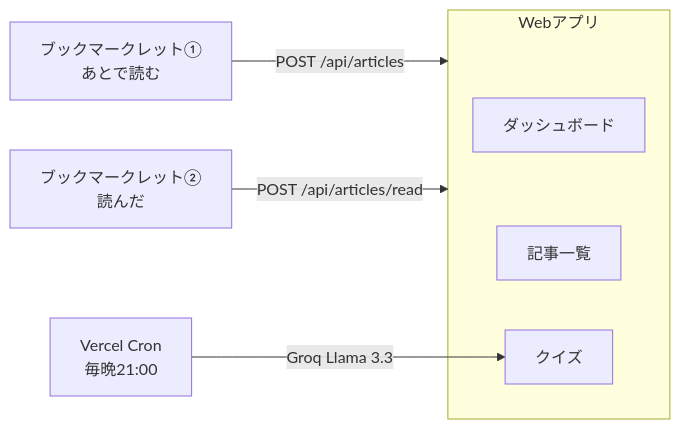
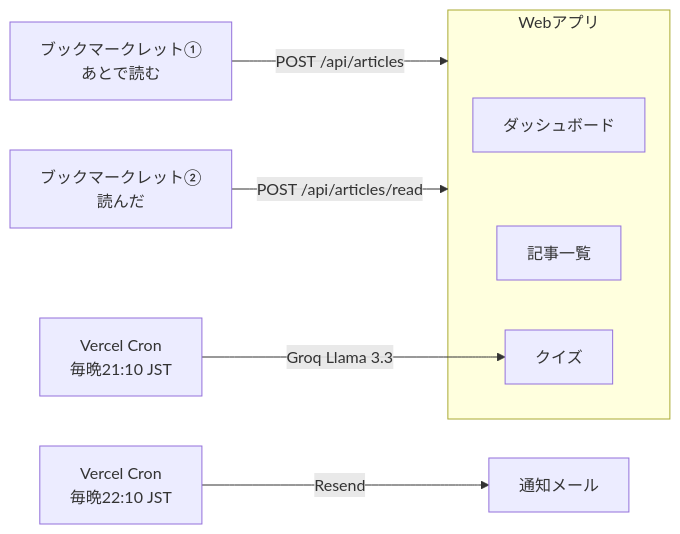
Before and after one commit to endomasayaendo/bookmarkquiz: the diagram in README.md, drawn with Mermaid. The commit also changed other lines of this file and 5 other files, not shown here.

````diff
--- a/README.md
+++ b/README.md
@@ -46,13 +46,14 @@
 ```mermaid
 flowchart LR
     BM1["ブックマークレット①\nあとで読む"] -->|POST /api/articles| WEB
     BM2["ブックマークレット②\n読んだ"] -->|POST /api/articles/read| WEB
 
     subgraph WEB["Webアプリ"]
         D[ダッシュボード]
         A[記事一覧]
         Q[クイズ]
     end
 
-    CRON["Vercel Cron\n毎晩21:00"] -->|Groq Llama 3.3| Q
+    CRON["Vercel Cron\n毎晩21:10 JST"] -->|Groq Llama 3.3| Q
+    CRON2["Vercel Cron\n毎晩22:10 JST"] -->|Resend| MAIL["通知メール"]
 ```
````
